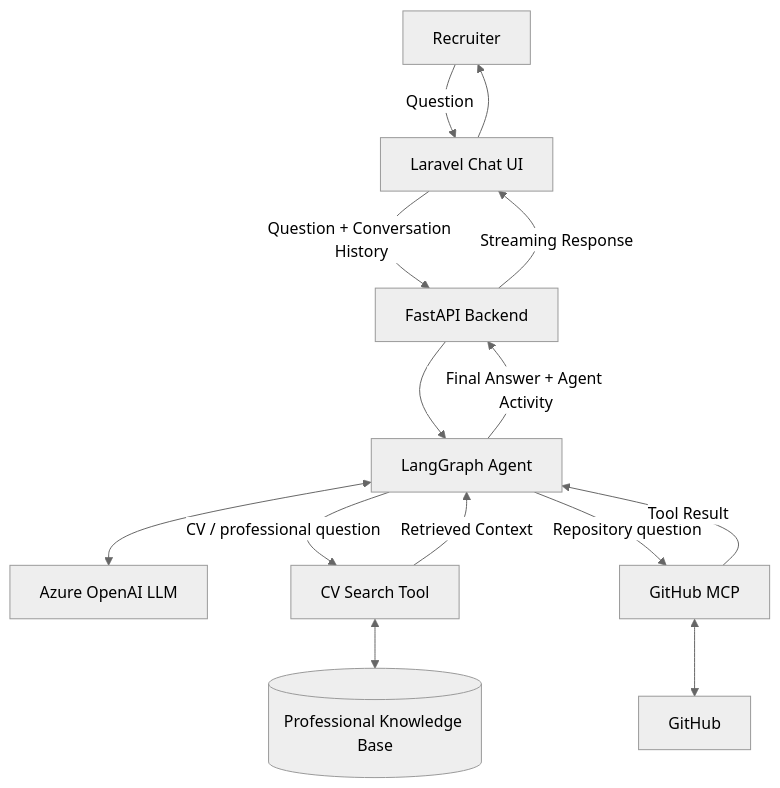
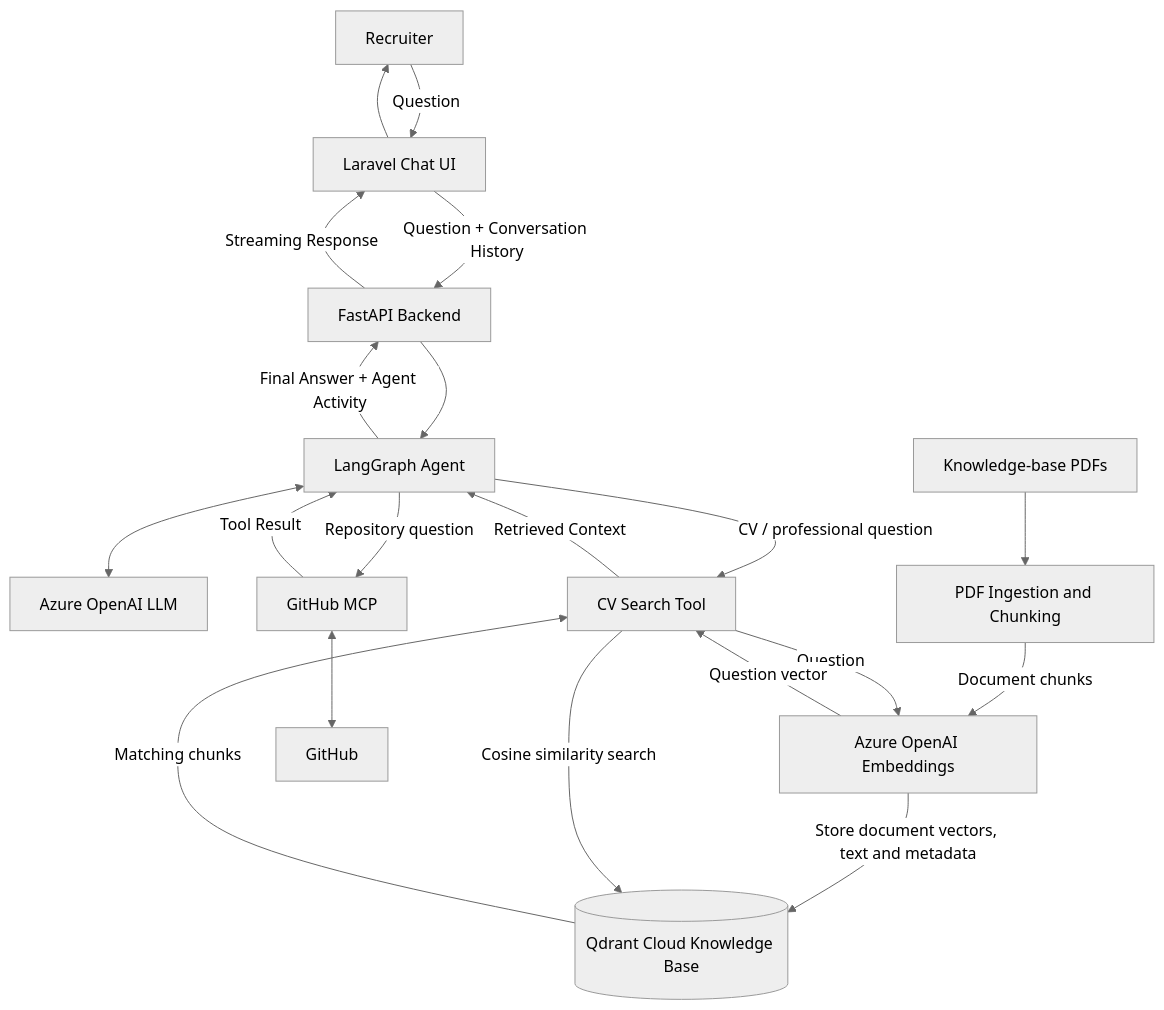
One commit to ehsantaati/talking-cv-demo changed the first of 2 diagrams in README.md. Above: the diagram before and after it, drawn with Mermaid (neutral theme). The commit also changed other lines of this file, not shown here.

First line of the commit message:
Revise README with Qdrant integration details

````diff
--- a/README.md
+++ b/README.md
@@ -15,32 +15,41 @@
 ```mermaid
 flowchart TD
     U[Recruiter]
     L[Laravel Chat UI]
     F[FastAPI Backend]
     A[LangGraph Agent]
     LLM[Azure OpenAI LLM]
 
     CV[CV Search Tool]
-    KB[(Professional Knowledge Base)]
+    KB[(Qdrant Cloud Knowledge Base)]
+    PDF[Knowledge-base PDFs]
+    ING[PDF Ingestion and Chunking]
+    EMB[Azure OpenAI Embeddings]
 
     MCP[GitHub MCP]
     GH[GitHub]
 
     U -->|Question| L
     L -->|Question + Conversation History| F
     F --> A
 
     A <--> LLM
 
     A -->|CV / professional question| CV
-    CV <--> KB
+    PDF --> ING
+    ING -->|Document chunks| EMB
+    EMB -->|Store document vectors, text and metadata| KB
+    CV -->|Question| EMB
+    EMB -->|Question vector| CV
+    CV -->|Cosine similarity search| KB
+    KB -->|Matching chunks| CV
     CV -->|Retrieved Context| A
 
     A -->|Repository question| MCP
     MCP <--> GH
     MCP -->|Tool Result| A
 
     A -->|Final Answer + Agent Activity| F
     F -->|Streaming Response| L
     L --> U
 ```
````
